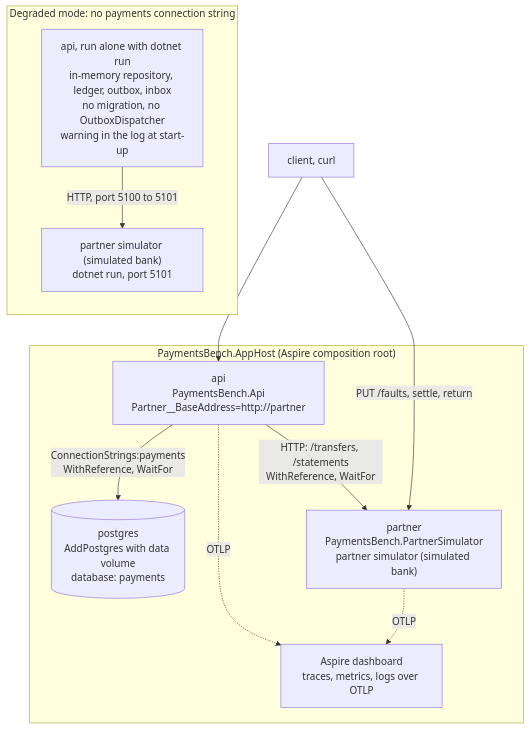
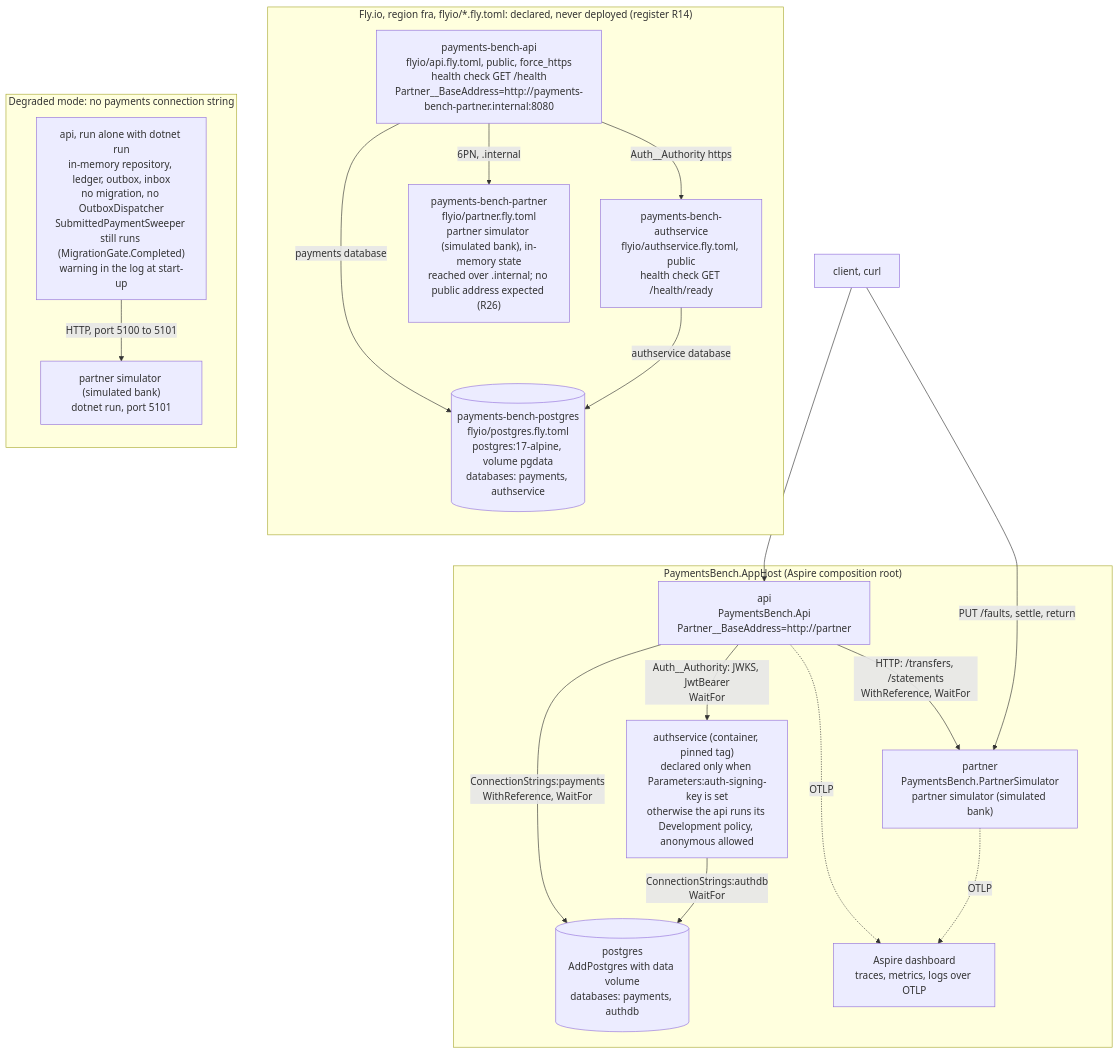
Before and after one commit to konradcinkusz/payments-bench: the sixth of 6 diagrams in docs/DIAGRAMS.md, drawn with Mermaid. The commit also changed other lines of this file and 7 other files, not shown here.

First line of the commit message:
Docs final pass: diagrams and site figures match main (#34)

````diff
--- a/docs/DIAGRAMS.md
+++ b/docs/DIAGRAMS.md
@@ -194,23 +225,38 @@
 ```mermaid
 flowchart TB
     subgraph APPHOST["PaymentsBench.AppHost (Aspire composition root)"]
-        PG[("postgres<br/>AddPostgres with data volume<br/>database: payments")]
+        PG[("postgres<br/>AddPostgres with data volume<br/>databases: payments, authdb")]
         PART["partner<br/>PaymentsBench.PartnerSimulator<br/>partner simulator (simulated bank)"]
         API["api<br/>PaymentsBench.Api<br/>Partner__BaseAddress=http://partner"]
+        AUTH["authservice (container, pinned tag)<br/>declared only when Parameters:auth-signing-key is set<br/>otherwise the api runs its Development policy, anonymous allowed"]
         DASH["Aspire dashboard<br/>traces, metrics, logs over OTLP"]
     end
 
     API -- "ConnectionStrings:payments<br/>WithReference, WaitFor" --> PG
     API -- "HTTP: /transfers, /statements<br/>WithReference, WaitFor" --> PART
+    API -- "Auth__Authority: JWKS, JwtBearer<br/>WaitFor" --> AUTH
+    AUTH -- "ConnectionStrings:authdb<br/>WaitFor" --> PG
     API -. "OTLP" .-> DASH
     PART -. "OTLP" .-> DASH
     CLI["client, curl"] --> API
     CLI -- "PUT /faults, settle, return" --> PART
 
+    subgraph FLY["Fly.io, region fra, flyio/*.fly.toml: declared, never deployed (register R14)"]
+        direction TB
+        FAPI["payments-bench-api<br/>flyio/api.fly.toml, public, force_https<br/>health check GET /health<br/>Partner__BaseAddress=http://payments-bench-partner.internal:8080"]
+        FAUTH["payments-bench-authservice<br/>flyio/authservice.fly.toml, public<br/>health check GET /health/ready"]
+        FPART["payments-bench-partner<br/>flyio/partner.fly.toml<br/>partner simulator (simulated bank), in-memory state<br/>reached over .internal; no public address expected (R26)"]
+        FPG[("payments-bench-postgres<br/>flyio/postgres.fly.toml<br/>postgres:17-alpine, volume pgdata<br/>databases: payments, authservice")]
+        FAPI -- "Auth__Authority https" --> FAUTH
+        FAPI -- "6PN, .internal" --> FPART
+        FAPI -- "payments database" --> FPG
+        FAUTH -- "authservice database" --> FPG
+    end
+
     subgraph DEG["Degraded mode: no payments connection string"]
         direction TB
-        APID["api, run alone with dotnet run<br/>in-memory repository, ledger, outbox, inbox<br/>no migration, no OutboxDispatcher<br/>warning in the log at start-up"]
+        APID["api, run alone with dotnet run<br/>in-memory repository, ledger, outbox, inbox<br/>no migration, no OutboxDispatcher<br/>SubmittedPaymentSweeper still runs (MigrationGate.Completed)<br/>warning in the log at start-up"]
         PARTD["partner simulator (simulated bank)<br/>dotnet run, port 5101"]
         APID -- "HTTP, port 5100 to 5101" --> PARTD
     end
 ```
````
